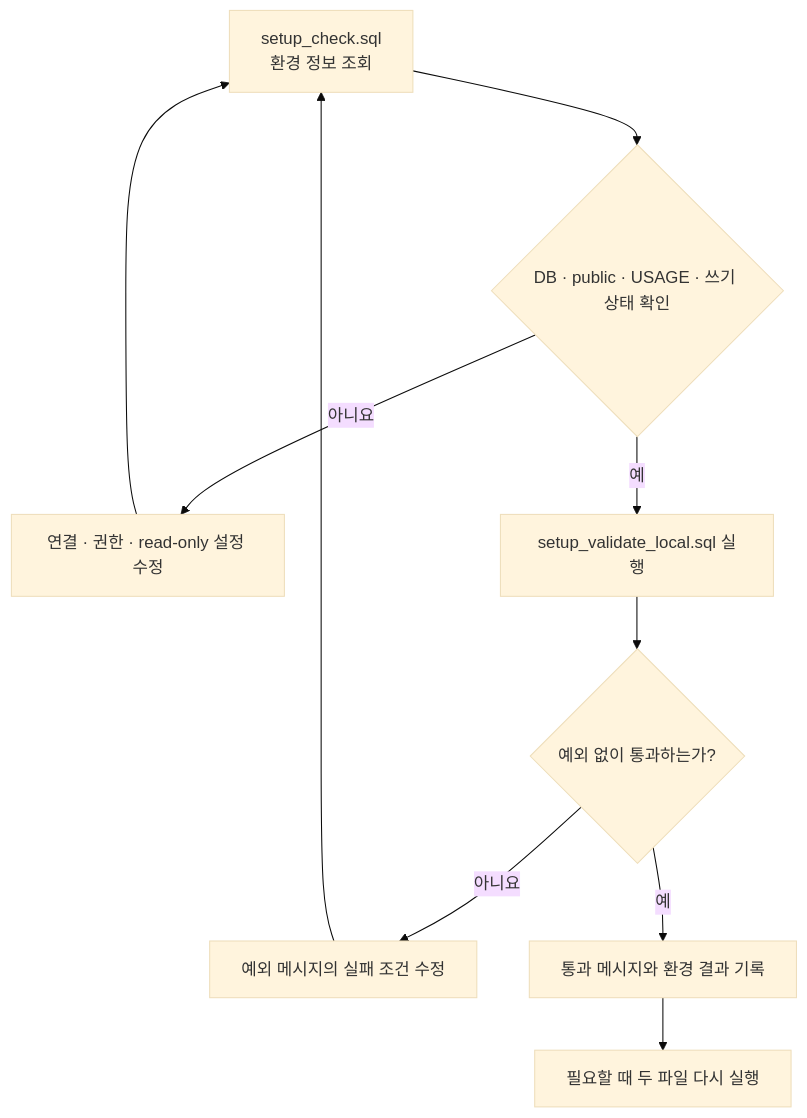
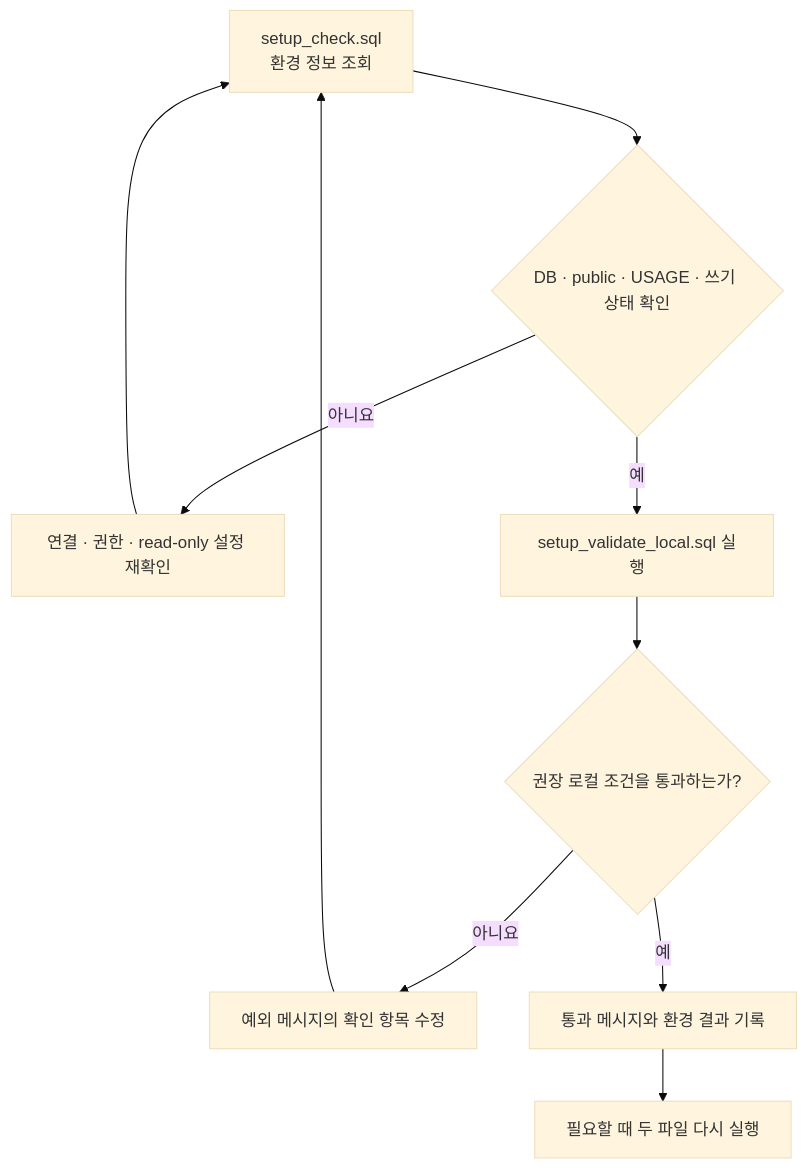
One commit to GilbertMoon/ai-database-book changed the diagram in images/chapter03/ch03_05_setup_check_sql_flow.mmd. Above: the diagram before and after it, drawn with Mermaid (base theme).

Commit message:
갱신 Chapter 03 자동 확인 도식 원본

```diff
--- a/images/chapter03/ch03_05_setup_check_sql_flow.mmd
+++ b/images/chapter03/ch03_05_setup_check_sql_flow.mmd
@@ -1,14 +1,14 @@
 flowchart TD
     A[setup_check.sql<br/>환경 정보 조회]
     B{DB · public · USAGE · 쓰기 상태 확인}
-    C[연결 · 권한 · read-only 설정 수정]
+    C[연결 · 권한 · read-only 설정 재확인]
     D[setup_validate_local.sql 실행]
-    E{예외 없이 통과하는가?}
-    F[예외 메시지의 실패 조건 수정]
+    E{권장 로컬 조건을 통과하는가?}
+    F[예외 메시지의 확인 항목 수정]
     G[통과 메시지와 환경 결과 기록]
     H[필요할 때 두 파일 다시 실행]
     A --> B
     B -- 아니요 --> C --> A
     B -- 예 --> D --> E
     E -- 아니요 --> F --> A
     E -- 예 --> G --> H
```
